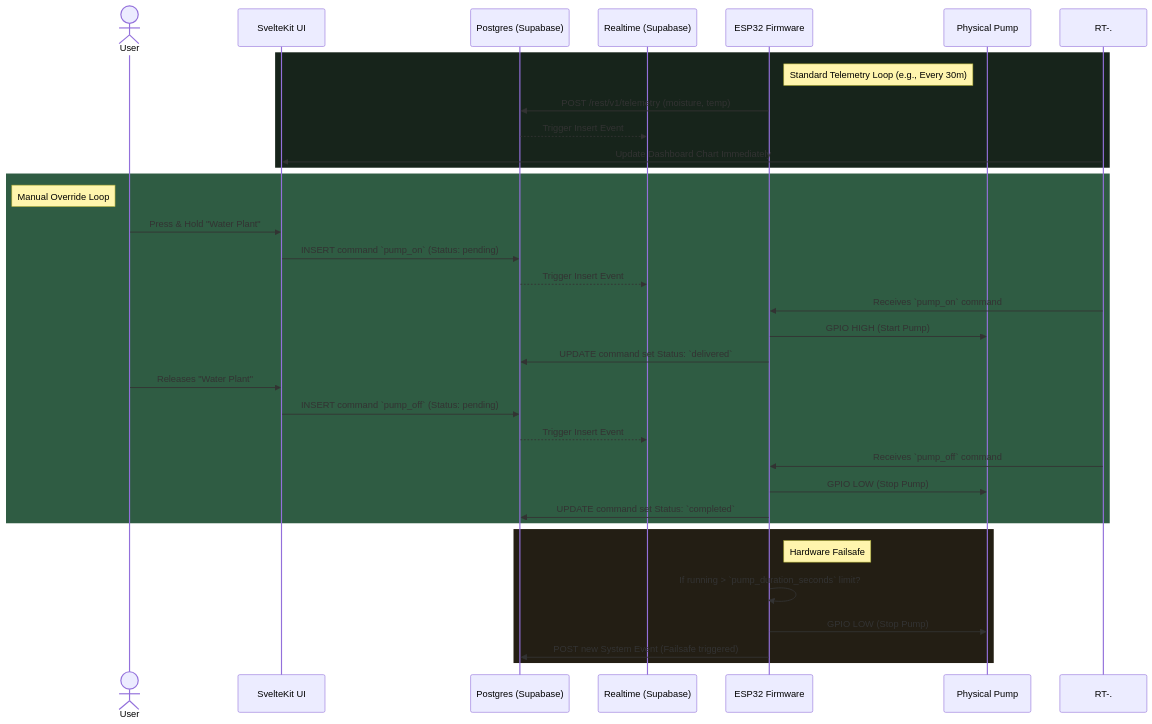
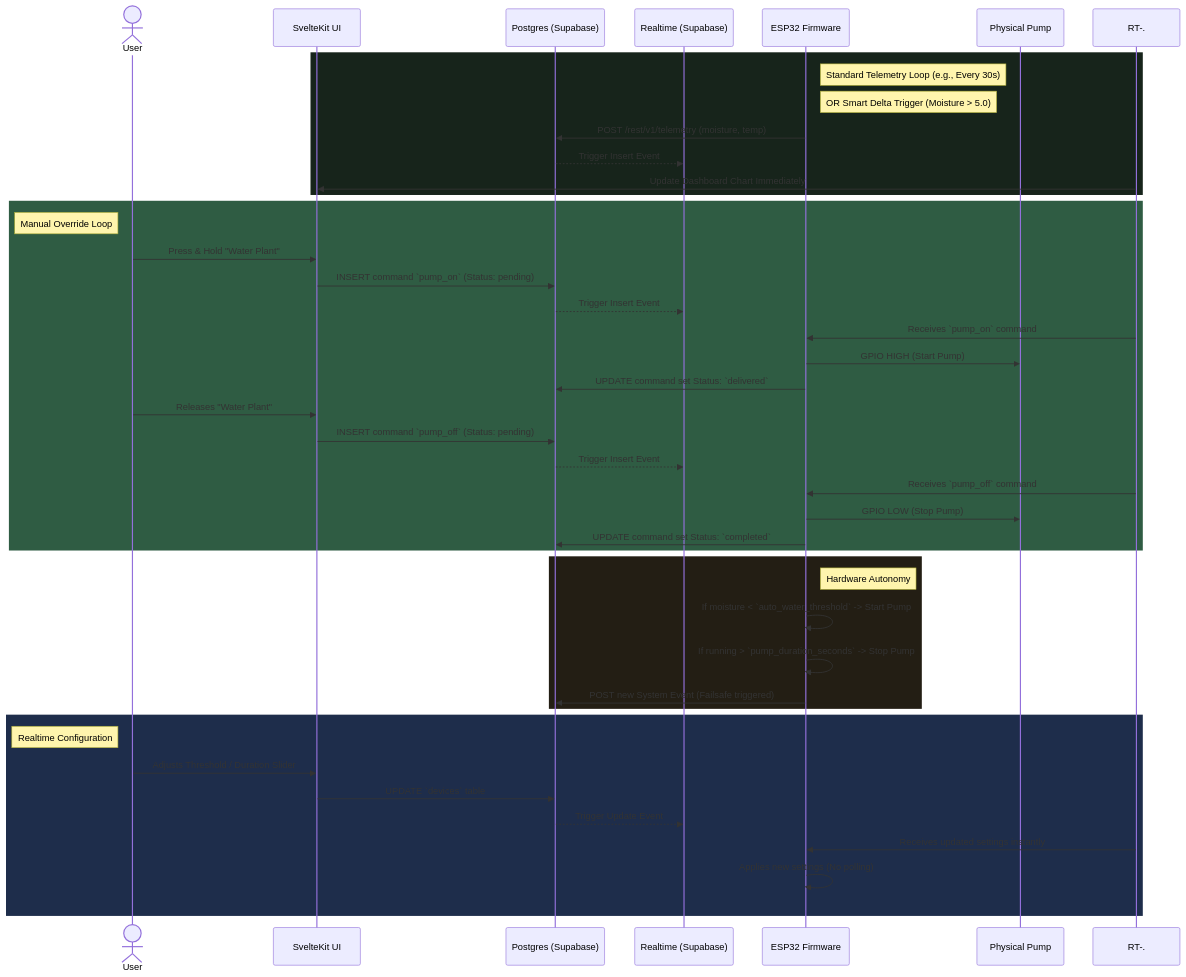
The third of 3 diagrams in ARCHITECTURE.md (minhvt22/iot-watering), drawn with Mermaid before and after one commit. The commit also changed other lines of this file and 42 other files, not shown here.

````diff
--- a/ARCHITECTURE.md
+++ b/ARCHITECTURE.md
@@ -102,43 +102,54 @@
 ```mermaid
 sequenceDiagram
     actor User
     participant App as SvelteKit UI
     participant DB as Postgres (Supabase)
     participant RT as Realtime (Supabase)
     participant ESP32 as ESP32 Firmware
     participant Pump as Physical Pump
 
     %% Telemetry Flow
     rect rgb(23, 36, 27)
-        Note right of ESP32: Standard Telemetry Loop (e.g., Every 30m)
+        Note right of ESP32: Standard Telemetry Loop (e.g., Every 30s)
+        Note right of ESP32: OR Smart Delta Trigger (Moisture > 5.0)
         ESP32->>DB: POST /rest/v1/telemetry (moisture, temp)
         DB-->>RT: Trigger Insert Event
         RT-.->>App: Update Dashboard Chart Immediately
     end
 
     %% Command Flow
     rect rgb(47, 92, 67)
         Note left of User: Manual Override Loop
         User->>App: Press & Hold "Water Plant"
         App->>DB: INSERT command `pump_on` (Status: pending)
         DB-->>RT: Trigger Insert Event
         RT-.->>ESP32: Receives `pump_on` command
         ESP32->>Pump: GPIO HIGH (Start Pump)
         ESP32->>DB: UPDATE command set Status: `delivered`
         
         User->>App: Releases "Water Plant"
         App->>DB: INSERT command `pump_off` (Status: pending)
         DB-->>RT: Trigger Insert Event
         RT-.->>ESP32: Receives `pump_off` command
         ESP32->>Pump: GPIO LOW (Stop Pump)
         ESP32->>DB: UPDATE command set Status: `completed`
     end
 
-    %% Automatic Fail-safe
+    %% Automatic Fail-safe & Auto-Watering
     rect rgb(35, 30, 20)
-        Note right of ESP32: Hardware Failsafe
-        ESP32->>ESP32: If running > `pump_duration_seconds` limit?
-        ESP32->>Pump: GPIO LOW (Stop Pump)
+        Note right of ESP32: Hardware Autonomy
+        ESP32->>ESP32: If moisture < `auto_water_threshold` -> Start Pump
+        ESP32->>ESP32: If running > `pump_duration_seconds` -> Stop Pump
         ESP32->>DB: POST new System Event (Failsafe triggered)
     end
+    
+    %% Configuration Sync
+    rect rgb(30, 45, 75)
+        Note left of User: Realtime Configuration
+        User->>App: Adjusts Threshold / Duration Slider
+        App->>DB: UPDATE `devices` table
+        DB-->>RT: Trigger Update Event
+        RT-.->>ESP32: Receives updated settings instantly
+        ESP32->>ESP32: Applies new settings (No polling)
+    end
 ```
````
